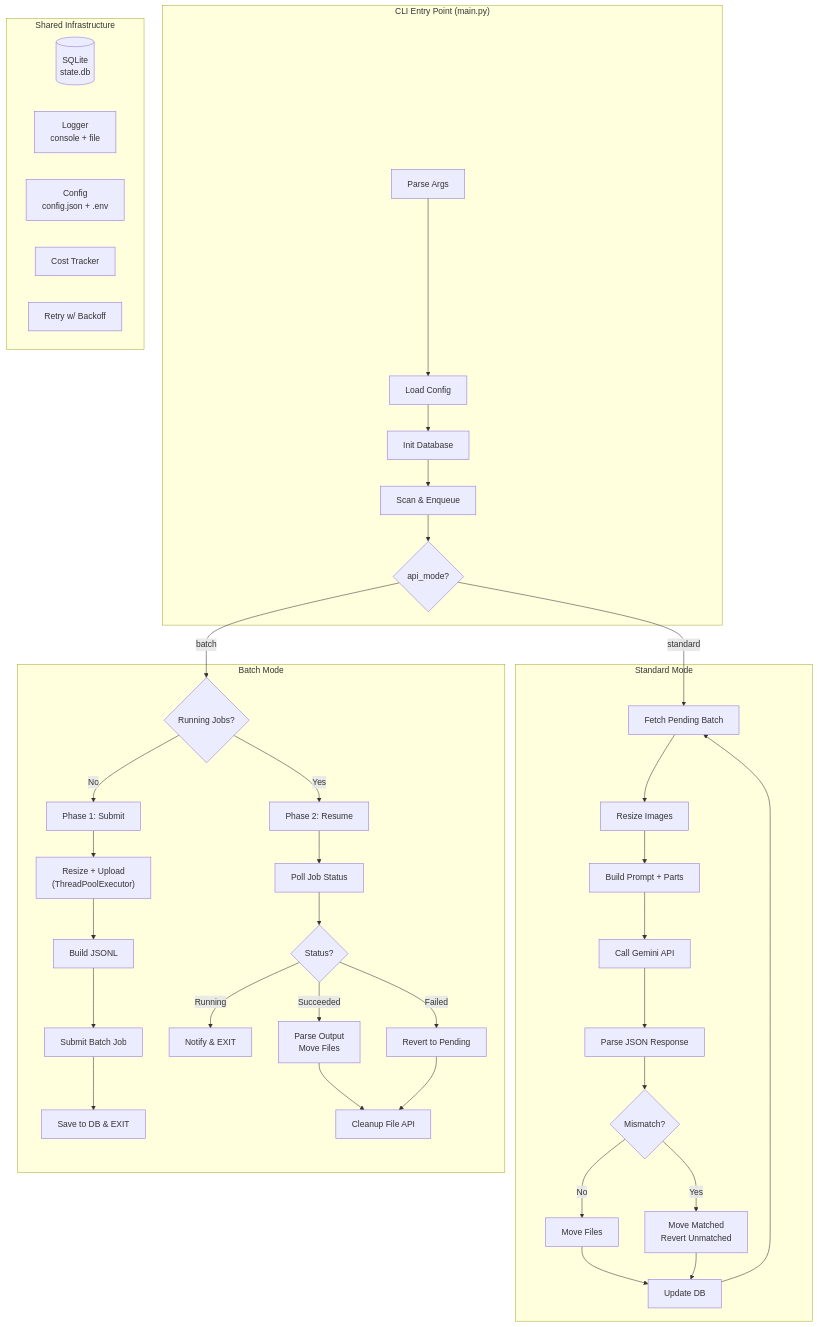
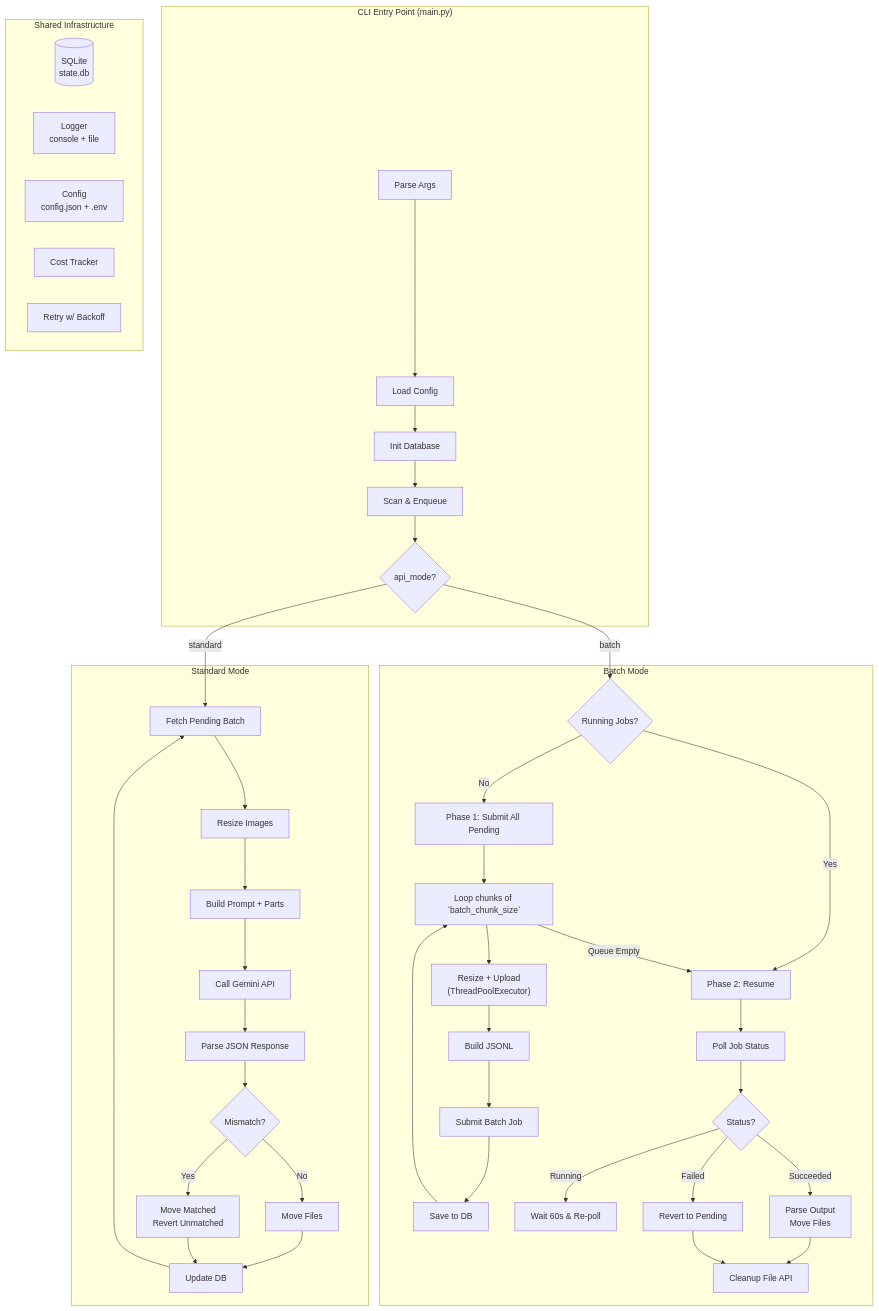
One commit to jadia/whatsapp_images_sort changed the first of 4 diagrams in docs/architecture.md. Above: the diagram before and after it, drawn with Mermaid. The commit also changed other lines of this file and 10 other files, not shown here.

Commit message:
feat: Refactor batch mode to prioritize job submission and continuously poll for job completion.

````diff
--- a/docs/architecture.md
+++ b/docs/architecture.md
@@ -7,50 +7,53 @@
 ```mermaid
 graph TB
     subgraph CLI["CLI Entry Point (main.py)"]
         A[Parse Args] --> B[Load Config]
         B --> C[Init Database]
         C --> D[Scan & Enqueue]
         D --> E{api_mode?}
     end
 
     subgraph Standard["Standard Mode"]
         E -->|standard| F[Fetch Pending Batch]
         F --> G[Resize Images]
         G --> H[Build Prompt + Parts]
         H --> I[Call Gemini API]
         I --> J[Parse JSON Response]
         J --> K{Mismatch?}
         K -->|No| L[Move Files]
         K -->|Yes| M[Move Matched\nRevert Unmatched]
         L --> N[Update DB]
         M --> N
         N --> F
     end
 
     subgraph Batch["Batch Mode"]
         E -->|batch| O{Running Jobs?}
-        O -->|No| P[Phase 1: Submit]
+        O -->|No| P[Phase 1: Submit All Pending]
         O -->|Yes| Q[Phase 2: Resume]
 
-        P --> P1["Resize + Upload\n(ThreadPoolExecutor)"]
+        P --> P0[Loop chunks of `batch_chunk_size`]
+        P0 --> P1["Resize + Upload\n(ThreadPoolExecutor)"]
         P1 --> P3[Build JSONL]
         P3 --> P4[Submit Batch Job]
-        P4 --> P5[Save to DB & EXIT]
+        P4 --> P5[Save to DB]
+        P5 --> P0
+        P0 -->|Queue Empty| Q
 
         Q --> Q1[Poll Job Status]
         Q1 --> Q2{Status?}
-        Q2 -->|Running| Q3[Notify & EXIT]
+        Q2 -->|Running| Q3[Wait 60s & Re-poll]
         Q2 -->|Succeeded| Q4[Parse Output\nMove Files]
         Q2 -->|Failed| Q5[Revert to Pending]
         Q4 --> Q6[Cleanup File API]
         Q5 --> Q6
     end
 
     subgraph Shared["Shared Infrastructure"]
         DB[(SQLite\nstate.db)]
         LOG[Logger\nconsole + file]
         CFG[Config\nconfig.json + .env]
         COST[Cost Tracker]
         RETRY[Retry w/ Backoff]
     end
 ```
````
